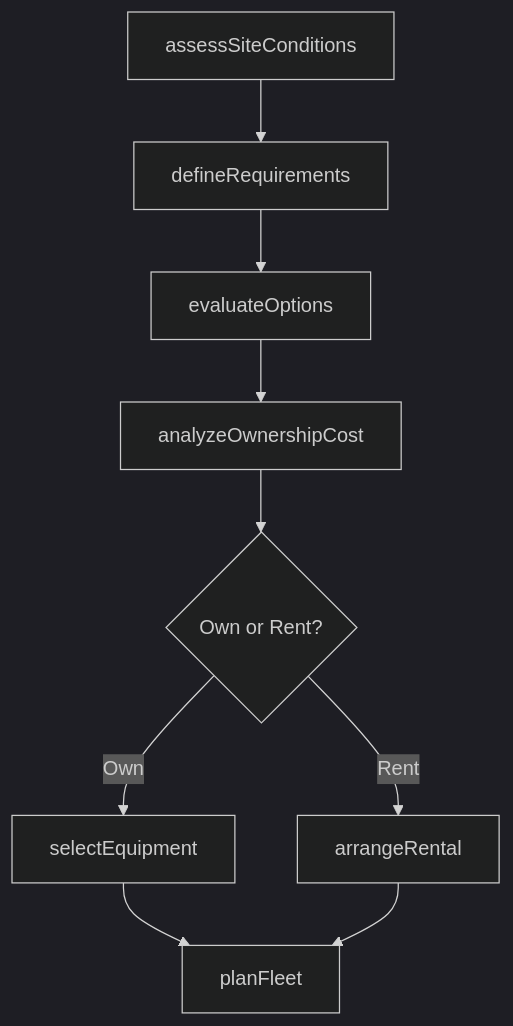
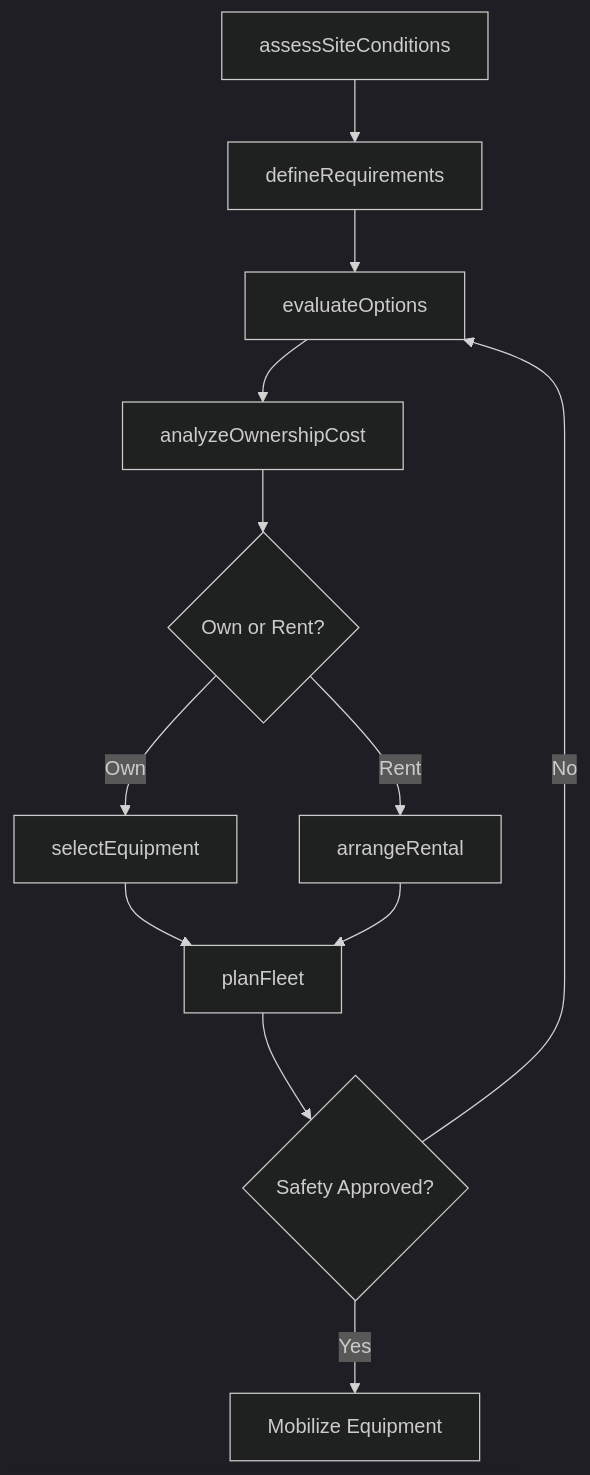
One commit to dot-org-ai/tasks.org.ai changed the third of 4 diagrams in MakingDecisionsAndSolvingProblems/SelectMaterialsOrEquipmentForOperationsOrProjects/SelectConstructionEquipment.mdx. Above: the diagram before and after it, drawn with Mermaid (dark theme). The commit also changed other lines of this file and 71 other files, not shown here.

Commit message:
feat: Add ER diagrams, state diagrams to 72 more DWA task files (wave 2 continued)

````diff
--- a/MakingDecisionsAndSolvingProblems/SelectMaterialsOrEquipmentForOperationsOrProjects/SelectConstructionEquipment.mdx
+++ b/MakingDecisionsAndSolvingProblems/SelectMaterialsOrEquipmentForOperationsOrProjects/SelectConstructionEquipment.mdx
@@ -86,11 +115,14 @@
 ```mermaid
 graph TD
     A[assessSiteConditions] --> B[defineRequirements]
     B --> C[evaluateOptions]
     C --> D[analyzeOwnershipCost]
     D --> E{Own or Rent?}
     E -->|Own| F[selectEquipment]
     E -->|Rent| G[arrangeRental]
     F --> H[planFleet]
     G --> H
+    H --> I{Safety Approved?}
+    I -->|No| C
+    I -->|Yes| J[Mobilize Equipment]
 ```
````
